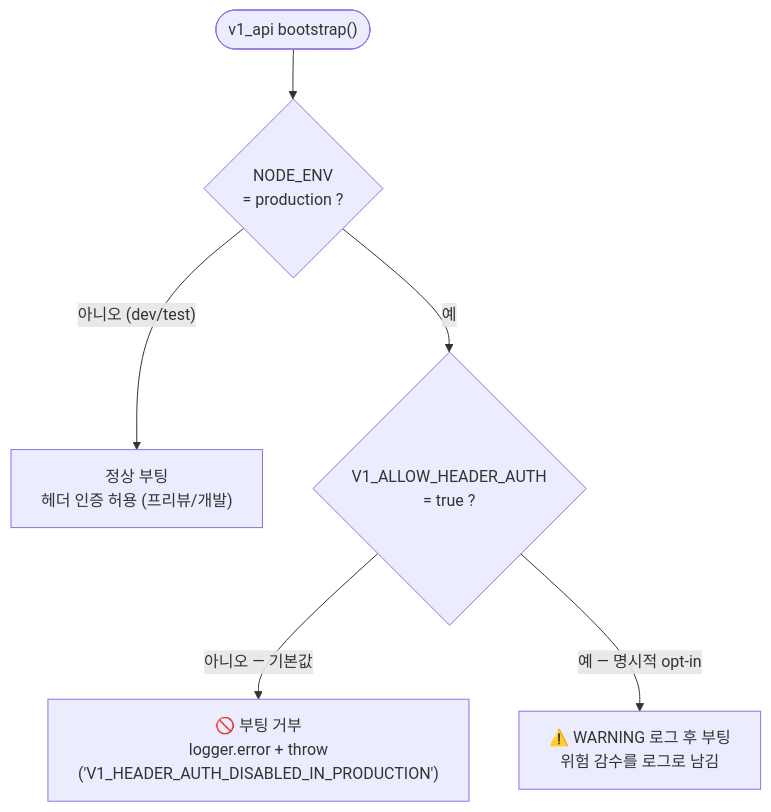
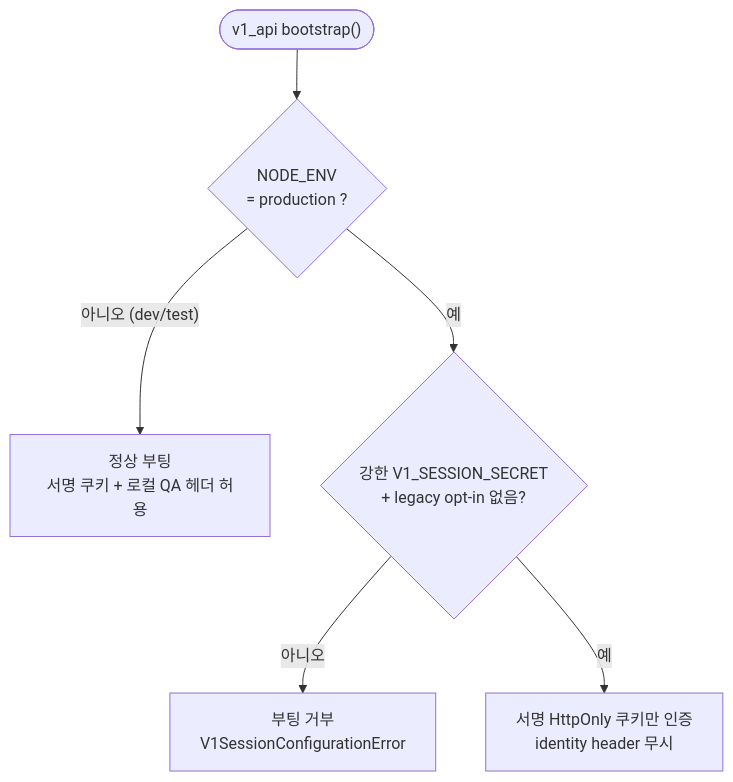
Before and after one commit to kim-song-jun/matchup-sports-platform: the second of 3 diagrams in docs/security/v1-deploy-security-hardening.md, drawn with Mermaid. The commit also changed other lines of this file and 25 other files, not shown here.

````diff
--- a/docs/security/v1-deploy-security-hardening.md
+++ b/docs/security/v1-deploy-security-hardening.md
@@ -66,8 +71,8 @@
 ```mermaid
 flowchart TD
     Start(["v1_api bootstrap()"]) --> Q1{"NODE_ENV<br/>= production ?"}
-    Q1 -->|"아니오 (dev/test)"| Boot["정상 부팅<br/>헤더 인증 허용 (프리뷰/개발)"]
-    Q1 -->|"예"| Q2{"V1_ALLOW_HEADER_AUTH<br/>= true ?"}
-    Q2 -->|"아니오 — 기본값"| Fail["🚫 부팅 거부<br/>logger.error + throw<br/>('V1_HEADER_AUTH_DISABLED_IN_PRODUCTION')"]
-    Q2 -->|"예 — 명시적 opt-in"| Warn["⚠️ WARNING 로그 후 부팅<br/>위험 감수를 로그로 남김"]
+    Q1 -->|"아니오 (dev/test)"| Boot["정상 부팅<br/>서명 쿠키 + 로컬 QA 헤더 허용"]
+    Q1 -->|"예"| Q2{"강한 V1_SESSION_SECRET<br/>+ legacy opt-in 없음?"}
+    Q2 -->|"아니오"| Fail["부팅 거부<br/>V1SessionConfigurationError"]
+    Q2 -->|"예"| Session["서명 HttpOnly 쿠키만 인증<br/>identity header 무시"]
 ```
````
